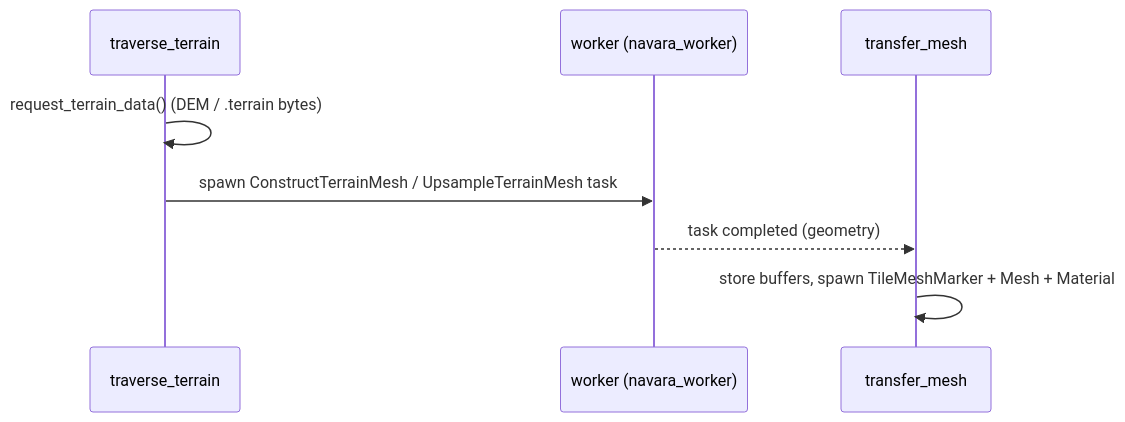
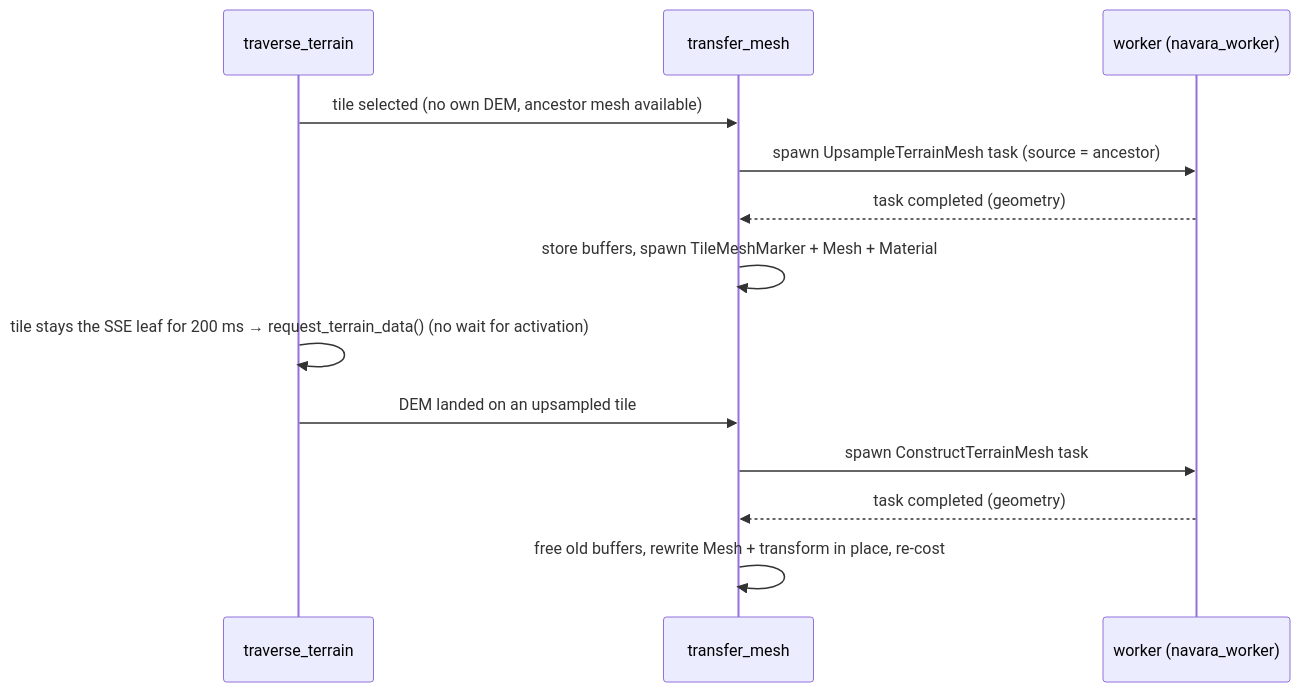
Before and after one commit to quei4r/navara: the sixth of 10 diagrams in guide/TILE_TERRAIN_TRAVERSAL.md, drawn with Mermaid. The commit also changed other lines of this file and 1295 other files, not shown here.

````diff
--- a/guide/TILE_TERRAIN_TRAVERSAL.md
+++ b/guide/TILE_TERRAIN_TRAVERSAL.md
@@ -187,10 +325,15 @@
 ```mermaid
 sequenceDiagram
   participant T as traverse_terrain
+  participant TM as transfer_mesh
   participant W as worker (navara_worker)
-  participant TM as transfer_mesh
-  T->>T: request_terrain_data() (DEM / .terrain bytes)
-  T->>W: spawn ConstructTerrainMesh / UpsampleTerrainMesh task
+  T->>TM: tile selected (no own DEM, ancestor mesh available)
+  TM->>W: spawn UpsampleTerrainMesh task (source = ancestor)
   W-->>TM: task completed (geometry)
   TM->>TM: store buffers, spawn TileMeshMarker + Mesh + Material
+  T->>T: tile stays the SSE leaf for 200 ms → request_terrain_data() (no wait for activation)
+  T->>TM: DEM landed on an upsampled tile
+  TM->>W: spawn ConstructTerrainMesh task
+  W-->>TM: task completed (geometry)
+  TM->>TM: free old buffers, rewrite Mesh + transform in place, re-cost
 ```
````
